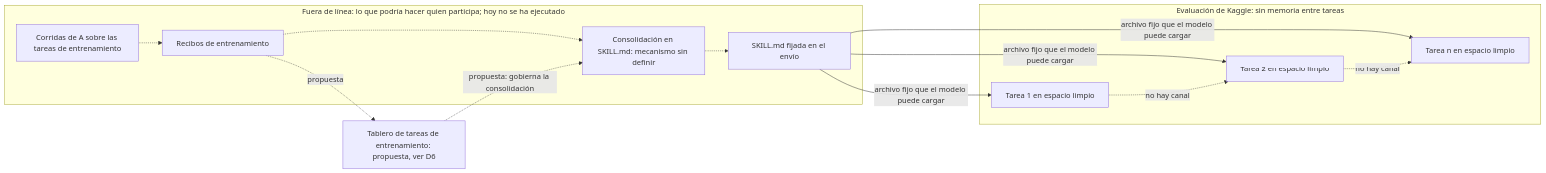
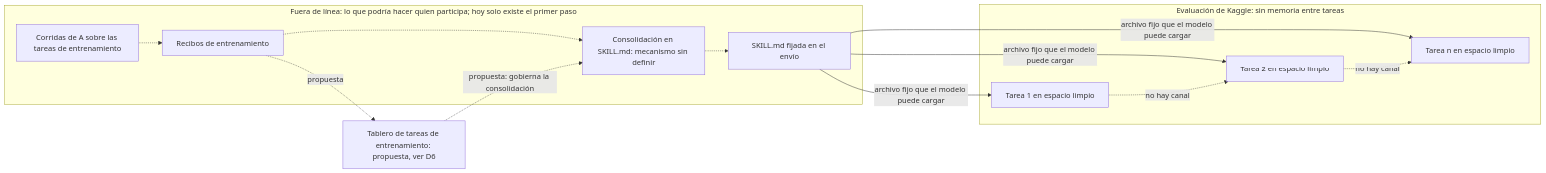
The second of 6 diagrams in experiments/gemma_developer_agent/README.md (cherrera0001/Agents_Learning_Loops), drawn with Mermaid before and after one commit. The commit also changed other lines of this file and 2 other files, not shown here.

````diff
--- a/experiments/gemma_developer_agent/README.md
+++ b/experiments/gemma_developer_agent/README.md
@@ -398,23 +431,23 @@
 ```mermaid
 flowchart LR
-    subgraph FL["Fuera de línea: lo que podría hacer quien participa; hoy no se ha ejecutado"]
+    subgraph FL["Fuera de línea: lo que podría hacer quien participa; hoy solo existe el primer paso"]
         E1["Corridas de A sobre las tareas de entrenamiento"]
         E2["Recibos de entrenamiento"]
         E3["Consolidación en SKILL.md: mecanismo sin definir"]
         E4["SKILL.md fijada en el envío"]
         E1 -.-> E2 -.-> E3 -.-> E4
     end
     TB2["Tablero de tareas de entrenamiento: propuesta, ver D6"]
     subgraph EV["Evaluación de Kaggle: sin memoria entre tareas"]
         V1["Tarea 1 en espacio limpio"]
         V2["Tarea 2 en espacio limpio"]
         V3["Tarea n en espacio limpio"]
     end
     E2 -.->|"propuesta"| TB2
     TB2 -.->|"propuesta: gobierna la consolidación"| E3
     E4 -->|"archivo fijo que el modelo puede cargar"| V1
     E4 -->|"archivo fijo que el modelo puede cargar"| V2
     E4 -->|"archivo fijo que el modelo puede cargar"| V3
     V1 -.->|"no hay canal"| V2
     V2 -.->|"no hay canal"| V3
 ```
````
